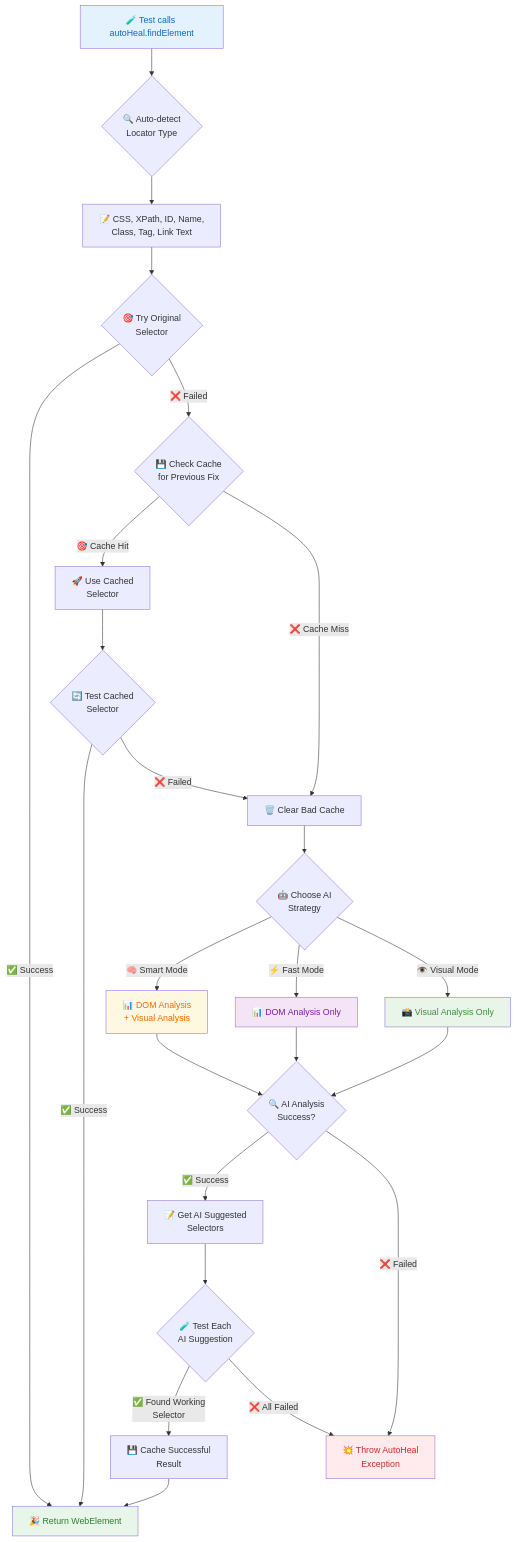
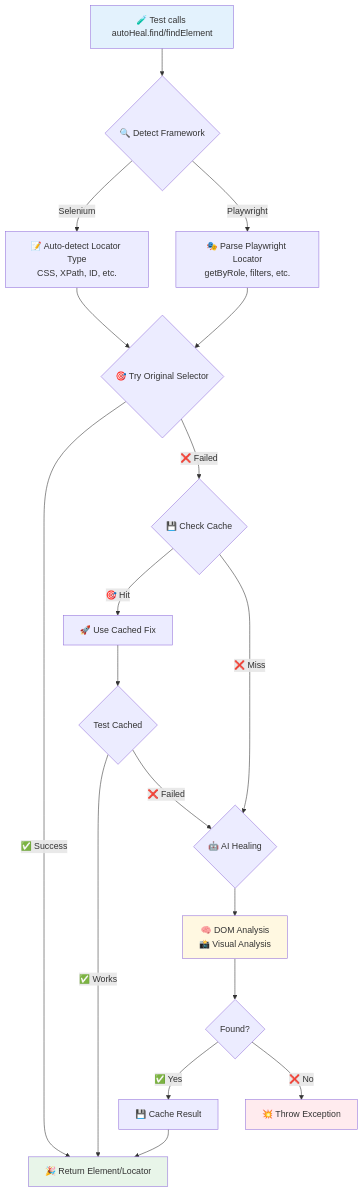
The first of 2 diagrams in README.md (SanjayPG/autoheal-locator), drawn with Mermaid before and after one commit. The commit also changed other lines of this file and 54 other files, not shown here.

First line of the commit message:
Add comprehensive Playwright locator support with filter capabilities

````diff
--- a/README.md
+++ b/README.md
@@ -465,41 +62,31 @@
 ```mermaid
 flowchart TD
-    A[🧪 Test calls autoHeal.findElement] --> B{🔍 Auto-detect<br/>Locator Type}
-    B --> C[📝 CSS, XPath, ID, Name,<br/>Class, Tag, Link Text]
-    C --> D{🎯 Try Original<br/>Selector}
+    A[🧪 Test calls autoHeal.find/findElement] --> B{🔍 Detect Framework}
+    B -->|Selenium| C[📝 Auto-detect Locator Type<br/>CSS, XPath, ID, etc.]
+    B -->|Playwright| D[🎭 Parse Playwright Locator<br/>getByRole, filters, etc.]
 
-    D -->|✅ Success| E[🎉 Return WebElement]
-    D -->|❌ Failed| F{💾 Check Cache<br/>for Previous Fix}
+    C --> E{🎯 Try Original Selector}
+    D --> E
 
-    F -->|🎯 Cache Hit| G[🚀 Use Cached<br/>Selector]
-    G --> H{🔄 Test Cached<br/>Selector}
-    H -->|✅ Success| E
-    H -->|❌ Failed| I[🗑️ Clear Bad Cache]
+    E -->|✅ Success| F[🎉 Return Element/Locator]
+    E -->|❌ Failed| G{💾 Check Cache}
 
-    F -->|❌ Cache Miss| I
-    I --> J{🤖 Choose AI<br/>Strategy}
+    G -->|🎯 Hit| H[🚀 Use Cached Fix]
+    G -->|❌ Miss| I{🤖 AI Healing}
 
-    J -->|🧠 Smart Mode| K[📊 DOM Analysis<br/>+ Visual Analysis]
-    J -->|⚡ Fast Mode| L[📊 DOM Analysis Only]
-    J -->|👁️ Visual Mode| M[📸 Visual Analysis Only]
+    H --> J{Test Cached}
+    J -->|✅ Works| F
+    J -->|❌ Failed| I
 
-    K --> N{🔍 AI Analysis<br/>Success?}
-    L --> N
-    M --> N
+    I --> K[🧠 DOM Analysis<br/>📸 Visual Analysis]
+    K --> L{Found?}
+    L -->|✅ Yes| M[💾 Cache Result]
+    L -->|❌ No| N[💥 Throw Exception]
 
-    N -->|✅ Success| O[📝 Get AI Suggested<br/>Selectors]
-    N -->|❌ Failed| P[💥 Throw AutoHeal<br/>Exception]
+    M --> F
 
-    O --> Q{🧪 Test Each<br/>AI Suggestion}
-    Q -->|✅ Found Working<br/>Selector| R[💾 Cache Successful<br/>Result]
-    Q -->|❌ All Failed| P
-
-    R --> E
-
-    style A fill:#e3f2fd,color:#1565c0
-    style E fill:#e8f5e9,color:#2e7d32
-    style P fill:#ffebee,color:#c62828
-    style K fill:#fff8e1,color:#ef6c00
-    style L fill:#f3e5f5,color:#7b1fa2
-    style M fill:#e8f5e8,color:#388e3c
+    style A fill:#e3f2fd
+    style F fill:#e8f5e9
+    style N fill:#ffebee
+    style K fill:#fff8e1
 ```
````
